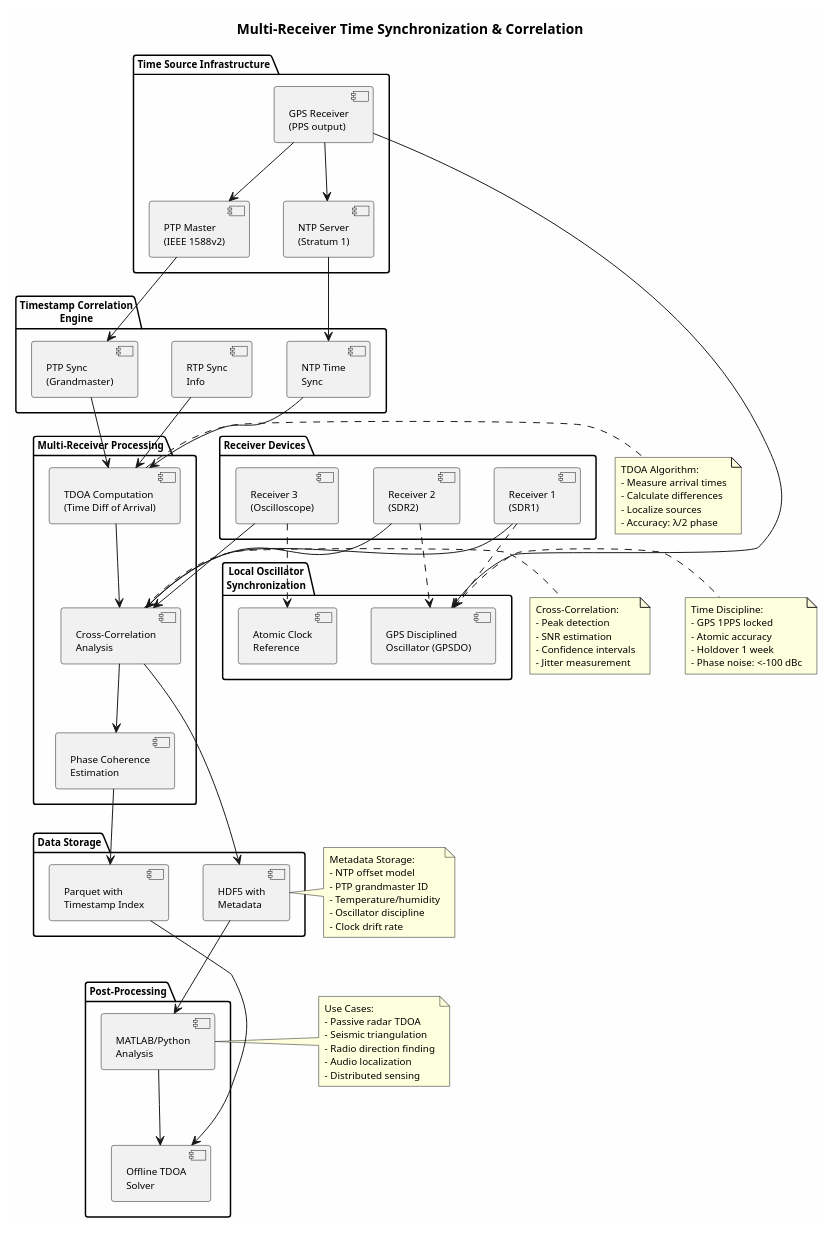
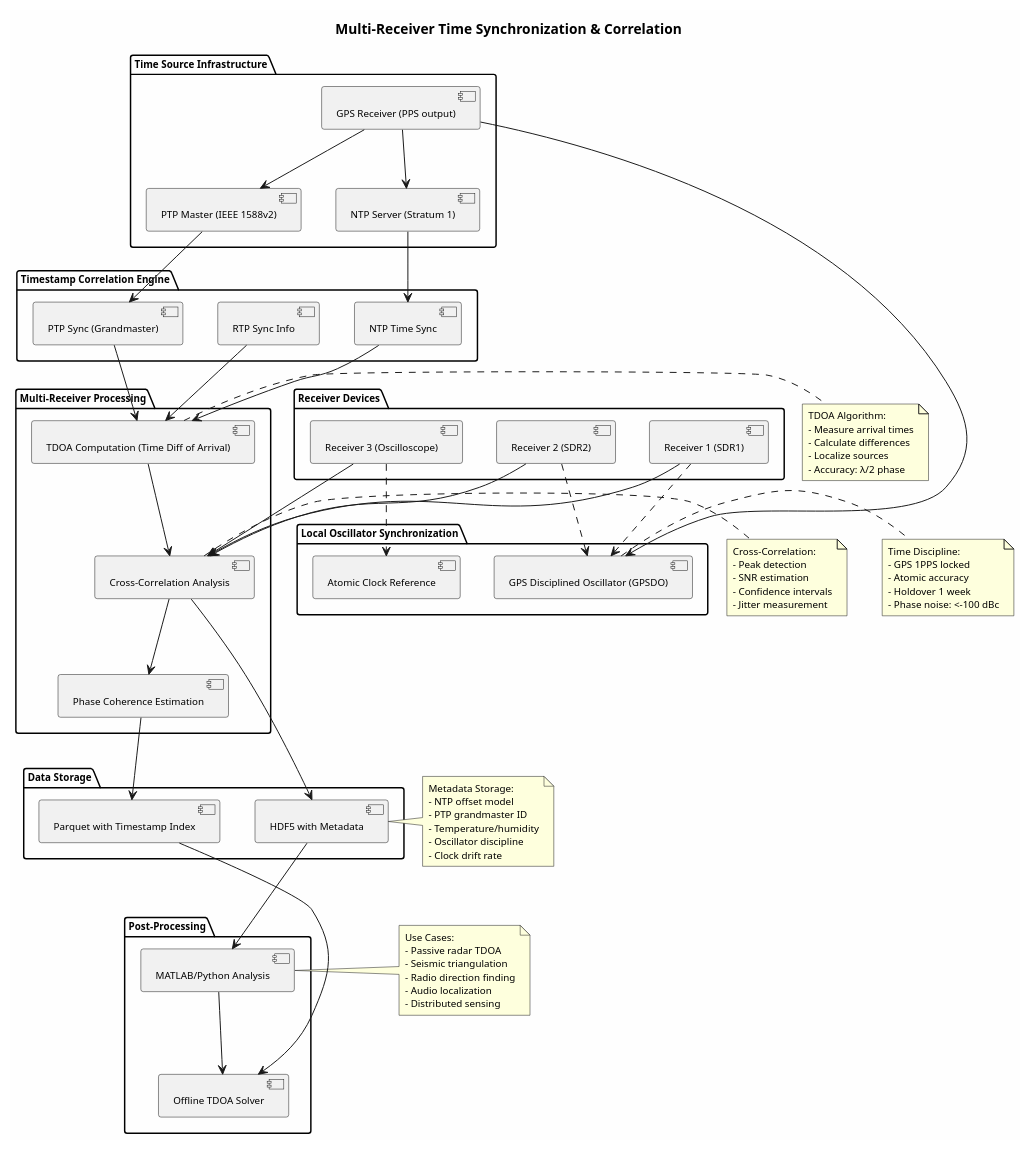
The diagram in projects/synchronized-telemetry-streaming-research/diagrams/synchronization/multi-stream-correlation.puml (mwwhited-notes/shared), drawn with PlantUML before and after one commit. The commit also changed 2 other files, not shown here.

Commit message:
update diagrams

```diff
--- a/projects/synchronized-telemetry-streaming-research/diagrams/synchronization/multi-stream-correlation.puml
+++ b/projects/synchronized-telemetry-streaming-research/diagrams/synchronization/multi-stream-correlation.puml
@@ -1,124 +1,124 @@
 @startuml Multi-Stream Time Synchronization Architecture
 skinparam backgroundColor #FEFEFE
 skinparam defaultFontName Helvetica
 skinparam defaultFontSize 10
 
 title Multi-Receiver Time Synchronization & Correlation
 
 package "Time Source Infrastructure" {
-    component [GPS Receiver\n(PPS output)] as gps
-    component [NTP Server\n(Stratum 1)] as ntp
-    component [PTP Master\n(IEEE 1588v2)] as ptp
+    component [GPS Receiver (PPS output)] as gps
+    component [NTP Server (Stratum 1)] as ntp
+    component [PTP Master (IEEE 1588v2)] as ptp
 }
 
 package "Receiver Devices" {
-    component [Receiver 1\n(SDR1)] as rx1
-    component [Receiver 2\n(SDR2)] as rx2
-    component [Receiver 3\n(Oscilloscope)] as rx3
+    component [Receiver 1 (SDR1)] as rx1
+    component [Receiver 2 (SDR2)] as rx2
+    component [Receiver 3 (Oscilloscope)] as rx3
 }
 
-package "Local Oscillator\nSynchronization" {
-    component [GPS Disciplined\nOscillator (GPSDO)] as gpsdo
-    component [Atomic Clock\nReference] as atomic
+package "Local Oscillator Synchronization" {
+    component [GPS Disciplined Oscillator (GPSDO)] as gpsdo
+    component [Atomic Clock Reference] as atomic
 }
 
-package "Timestamp Correlation\nEngine" {
-    component [NTP Time\nSync] as ntp_sync
-    component [PTP Sync\n(Grandmaster)] as ptp_sync
-    component [RTP Sync\nInfo] as rtp_sync
+package "Timestamp Correlation Engine" {
+    component [NTP Time Sync] as ntp_sync
+    component [PTP Sync (Grandmaster)] as ptp_sync
+    component [RTP Sync Info] as rtp_sync
 }
 
 package "Multi-Receiver Processing" {
-    component [TDOA Computation\n(Time Diff of Arrival)] as tdoa
-    component [Cross-Correlation\nAnalysis] as xcorr
-    component [Phase Coherence\nEstimation] as phase
+    component [TDOA Computation (Time Diff of Arrival)] as tdoa
+    component [Cross-Correlation Analysis] as xcorr
+    component [Phase Coherence Estimation] as phase
 }
 
 package "Data Storage" {
-    database [HDF5 with\nMetadata] as hdf5
-    database [Parquet with\nTimestamp Index] as parquet
+    database [HDF5 with Metadata] as hdf5
+    database [Parquet with Timestamp Index] as parquet
 }
 
 package "Post-Processing" {
-    component [MATLAB/Python\nAnalysis] as analysis
-    component [Offline TDOA\nSolver] as solver
+    component [MATLAB/Python Analysis] as analysis
+    component [Offline TDOA Solver] as solver
 }
 
 ' Time sync connections
 gps --> gpsdo
 gps --> ntp
 gps --> ptp
 
 ntp --> ntp_sync
 ptp --> ptp_sync
 
 ' Receiver synchronization
 rx1 ..> gpsdo
 rx2 ..> gpsdo
 rx3 ..> atomic
 
 ' Timestamp correlation
 ntp_sync --> tdoa
 ptp_sync --> tdoa
 rtp_sync --> tdoa
 
 ' Data correlation
 rx1 --> xcorr
 rx2 --> xcorr
 rx3 --> xcorr
 
 tdoa --> xcorr
 xcorr --> phase
 
 ' Storage
 xcorr --> hdf5
 phase --> parquet
 
 ' Analysis
 hdf5 --> analysis
 parquet --> solver
 analysis --> solver
 
 note right of gpsdo
   Time Discipline:
   - GPS 1PPS locked
   - Atomic accuracy
   - Holdover 1 week
   - Phase noise: <-100 dBc
 end note
 
 note right of tdoa
   TDOA Algorithm:
   - Measure arrival times
   - Calculate differences
   - Localize sources
   - Accuracy: λ/2 phase
 end note
 
 note right of xcorr
   Cross-Correlation:
   - Peak detection
   - SNR estimation
   - Confidence intervals
   - Jitter measurement
 end note
 
 note right of hdf5
   Metadata Storage:
   - NTP offset model
   - PTP grandmaster ID
   - Temperature/humidity
   - Oscillator discipline
   - Clock drift rate
 end note
 
 note right of analysis
   Use Cases:
   - Passive radar TDOA
   - Seismic triangulation
   - Radio direction finding
   - Audio localization
   - Distributed sensing
 end note
 
 @enduml
```
